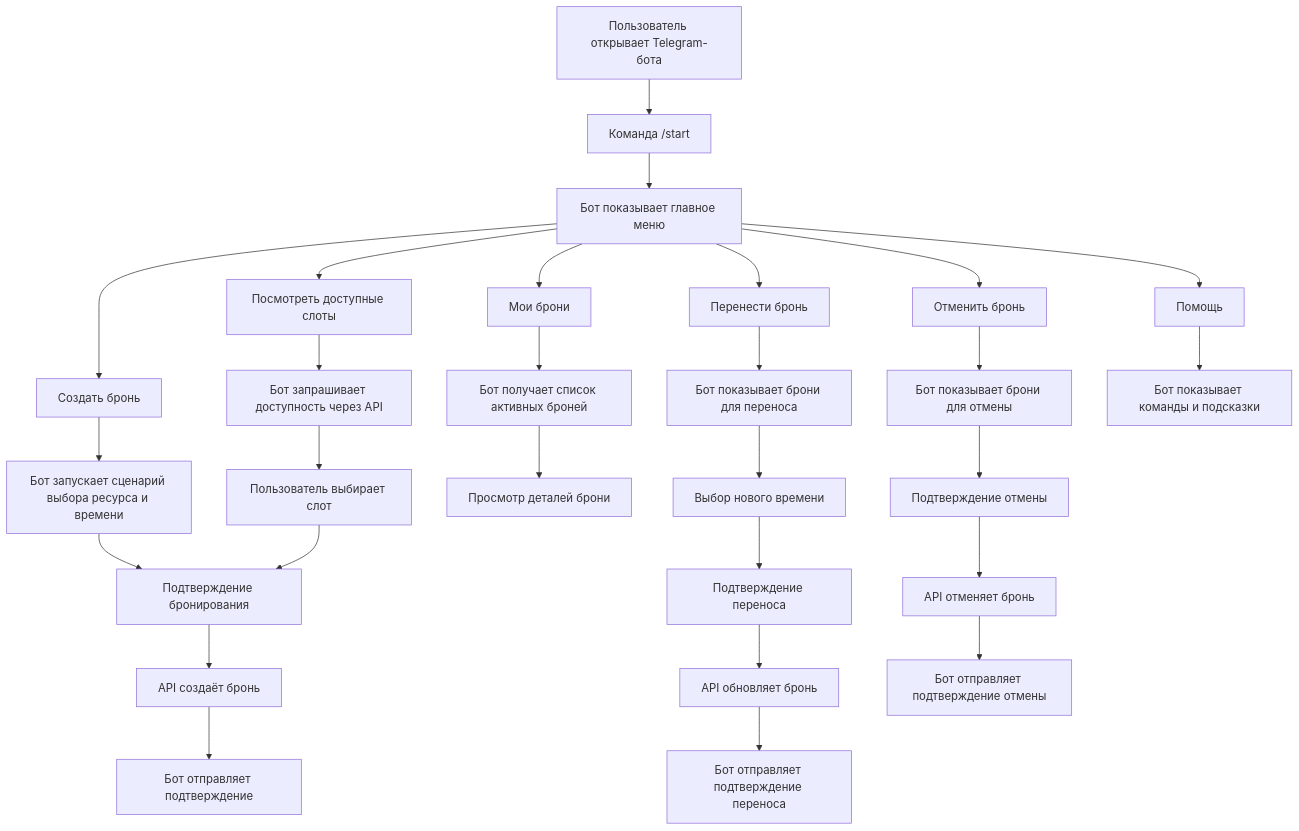
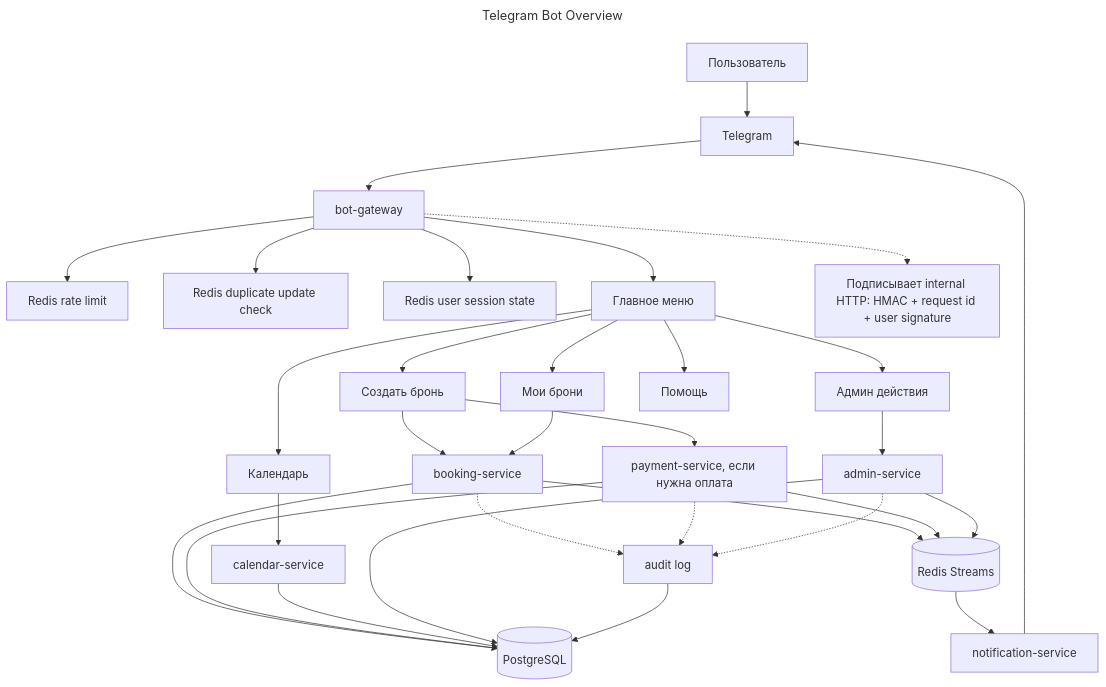
The diagram in docs/telegram-bot-diagrams/01-bot-overview.mmd (Hqzdev/Metrix), drawn with Mermaid before and after one commit. The commit also changed 162 other files, not shown here.

```diff
--- a/docs/telegram-bot-diagrams/01-bot-overview.mmd
+++ b/docs/telegram-bot-diagrams/01-bot-overview.mmd
@@ -1,34 +1,42 @@
+---
+title: Telegram Bot Overview
+---
 flowchart TD
-    A[Пользователь открывает Telegram-бота] --> B[Команда /start]
-    B --> C[Бот показывает главное меню]
+    U[Пользователь] --> TG[Telegram]
+    TG --> GW[bot-gateway]
 
-    C --> D[Посмотреть доступные слоты]
-    C --> E[Создать бронь]
-    C --> F[Мои брони]
-    C --> G[Отменить бронь]
-    C --> H[Перенести бронь]
-    C --> I[Помощь]
+    GW --> RL[Redis rate limit]
+    GW --> DU[Redis duplicate update check]
+    GW --> FSM[Redis user session state]
 
-    D --> J[Бот запрашивает доступность через API]
-    E --> K[Бот запускает сценарий выбора ресурса и времени]
-    F --> L[Бот получает список активных броней]
-    G --> M[Бот показывает брони для отмены]
-    H --> N[Бот показывает брони для переноса]
-    I --> O[Бот показывает команды и подсказки]
+    GW --> MENU[Главное меню]
 
-    J --> P[Пользователь выбирает слот]
-    K --> Q[Подтверждение бронирования]
-    L --> R[Просмотр деталей брони]
-    M --> S[Подтверждение отмены]
-    N --> T[Выбор нового времени]
+    MENU --> B[Создать бронь]
+    MENU --> MB[Мои брони]
+    MENU --> C[Календарь]
+    MENU --> A[Админ действия]
+    MENU --> H[Помощь]
 
-    P --> Q
-    T --> U[Подтверждение переноса]
+    B --> BK[booking-service]
+    B --> PAY[payment-service, если нужна оплата]
+    MB --> BK
+    C --> CAL[calendar-service]
+    A --> ADM[admin-service]
 
-    Q --> V[API создаёт бронь]
-    S --> W[API отменяет бронь]
-    U --> X[API обновляет бронь]
+    BK --> PG[(PostgreSQL)]
+    PAY --> PG
+    CAL --> PG
+    ADM --> PG
 
-    V --> Y[Бот отправляет подтверждение]
-    W --> Z[Бот отправляет подтверждение отмены]
-    X --> AA[Бот отправляет подтверждение переноса]
+    BK --> RS[(Redis Streams)]
+    PAY --> RS
+    ADM --> RS
+
+    RS --> NOT[notification-service]
+    NOT --> TG
+
+    GW -.-> SEC[Подписывает internal HTTP: HMAC + request id + user signature]
+    BK -.-> AUD[audit log]
+    PAY -.-> AUD
+    ADM -.-> AUD
+    AUD --> PG
```
